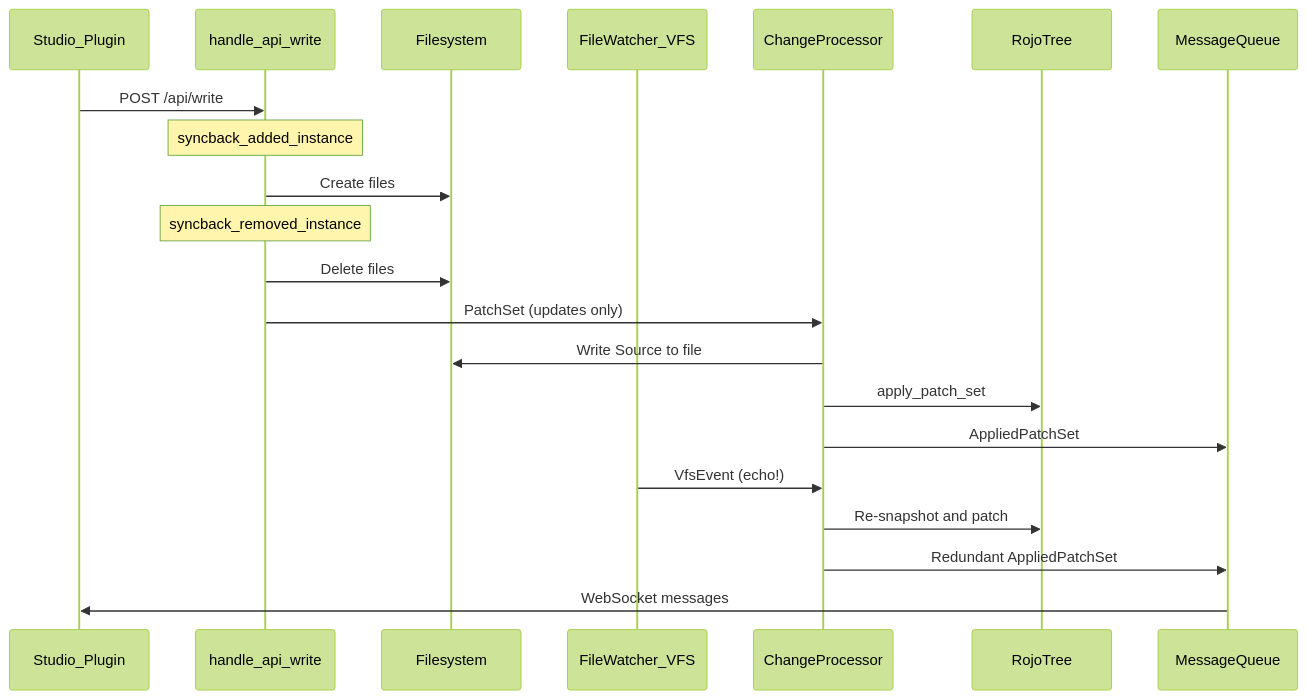
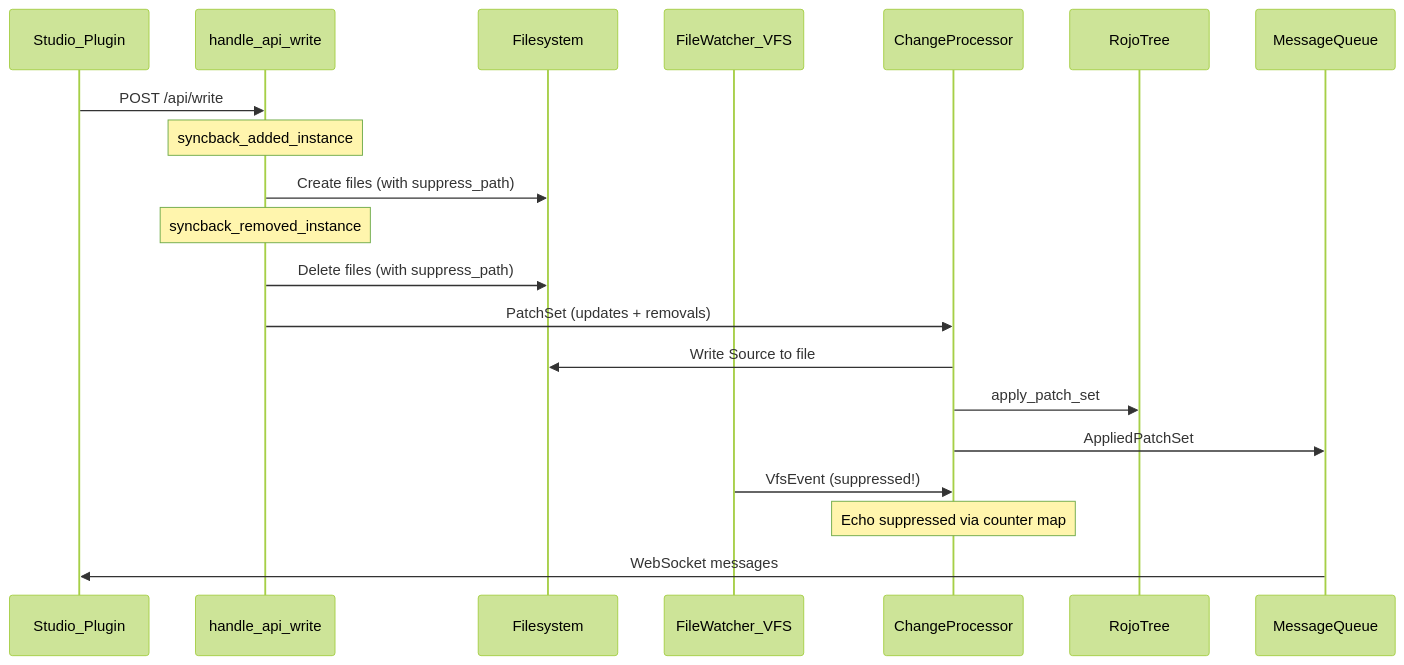
The diagram in .cursor/plans/fix_sync_system_issues_e569840d.plan.md (UserGeneratedLLC/rojo), drawn with Mermaid (forest theme) before and after one commit. The commit also changed other lines of this file and 3 other files, not shown here.

````diff
--- a/.cursor/plans/fix_sync_system_issues_e569840d.plan.md
+++ b/.cursor/plans/fix_sync_system_issues_e569840d.plan.md
@@ -42,24 +60,23 @@
 ```mermaid
 sequenceDiagram
     participant Plugin as Studio_Plugin
     participant API as handle_api_write
     participant FS as Filesystem
     participant FW as FileWatcher_VFS
     participant CP as ChangeProcessor
     participant Tree as RojoTree
     participant MQ as MessageQueue
 
     Plugin->>API: POST /api/write
     Note over API: syncback_added_instance
-    API->>FS: Create files
+    API->>FS: Create files (with suppress_path)
     Note over API: syncback_removed_instance
-    API->>FS: Delete files
-    API->>CP: PatchSet (updates only)
+    API->>FS: Delete files (with suppress_path)
+    API->>CP: PatchSet (updates + removals)
     CP->>FS: Write Source to file
     CP->>Tree: apply_patch_set
     CP->>MQ: AppliedPatchSet
-    FW->>CP: VfsEvent (echo!)
-    CP->>Tree: Re-snapshot and patch
-    CP->>MQ: Redundant AppliedPatchSet
+    FW->>CP: VfsEvent (suppressed!)
+    Note over CP: Echo suppressed via counter map
     MQ->>Plugin: WebSocket messages
 ```
````
